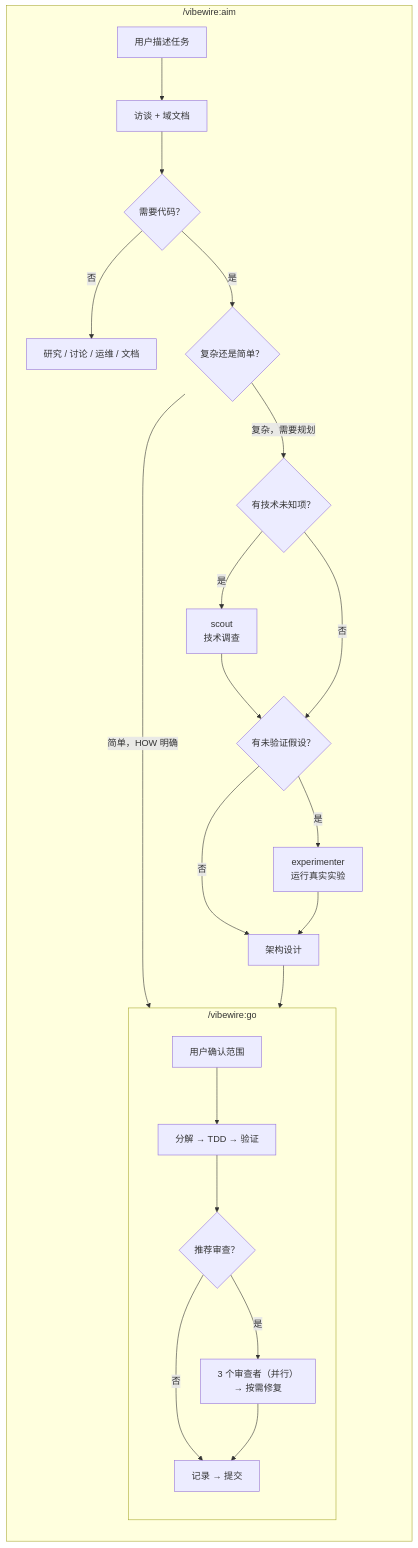
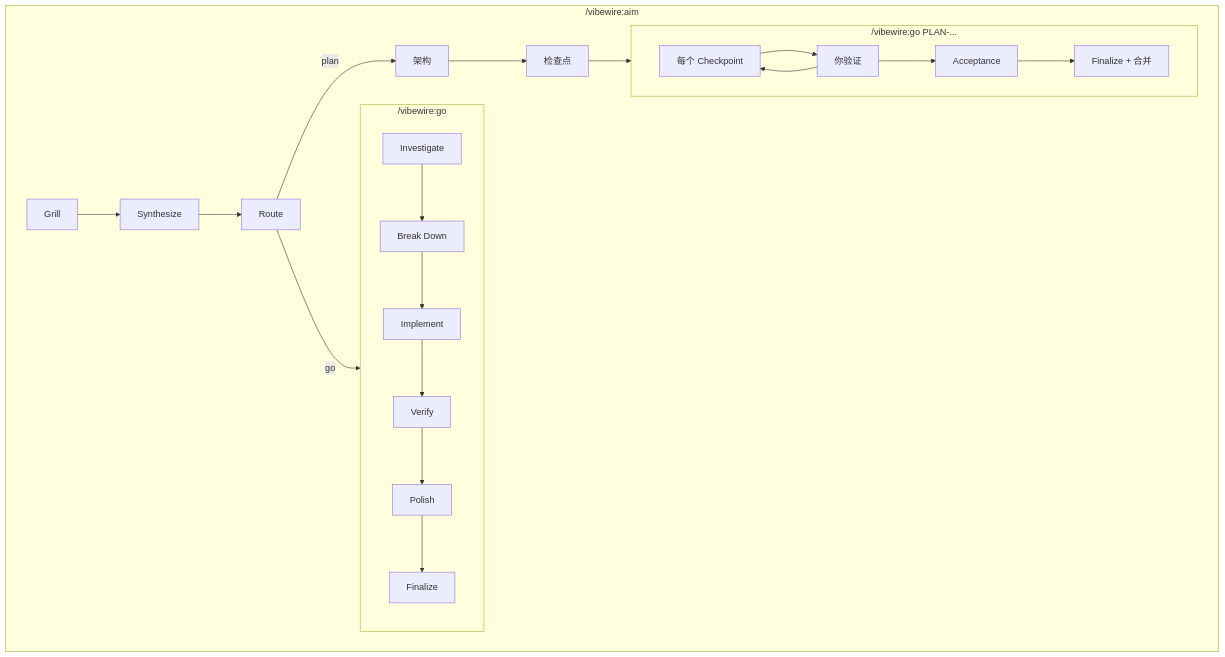
One commit to owniai/vibewire changed the diagram in README.zh-CN.md. Above: the diagram before and after it, drawn with Mermaid. The commit also changed other lines of this file and 13 other files, not shown here.

````diff
--- a/README.zh-CN.md
+++ b/README.zh-CN.md
@@ -145,33 +148,26 @@
 ```mermaid
 flowchart TD
     subgraph aim["/vibewire:aim"]
-        direction TB
-        A0[用户描述任务] --> A1[访谈 + 域文档]
-        A1 --> A2{需要代码？}
-        A2 -- 否 --> A3["研究 / 讨论 / 运维 / 文档"]
-        A2 -- 是 --> A4{复杂还是简单？}
-        A4 -- 复杂，需要规划 --> A5{有技术未知项？}
-        A4 -- 简单，HOW 明确 --> goflow
-
-        A5 -- 是 --> A6["scout
-        技术调查"]
-        A6 --> A7{有未验证假设？}
-        A5 -- 否 --> A7
-        A7 -- 是 --> A8["experimenter
-        运行真实实验"]
-        A7 -- 否 --> A9[架构设计]
-        A8 --> A9
+        A1[Grill] --> A2[Synthesize]
+        A2 --> A3[Route]
+        A3 -->|go| goAdhoc
+        A3 -->|plan| P1[架构]
+        P1 --> P2[检查点]
+        P2 --> goPlan
     end
 
-    A9 --> goflow
+    subgraph goAdhoc["/vibewire:go"]
+        G1[Investigate] --> G2[Break Down]
+        G2 --> G3[Implement]
+        G3 --> G4[Verify]
+        G4 --> G5[Polish]
+        G5 --> G6[Finalize]
+    end
 
-    subgraph goflow["/vibewire:go"]
-        direction TB
-        S0[用户确认范围] --> S1["分解 → TDD → 验证"]
-        S1 --> S2{推荐审查？}
-        S2 -- 是 --> S3["3 个审查者（并行）
-        → 按需修复"]
-        S2 -- 否 --> S4[记录 → 提交]
-        S3 --> S4
+    subgraph goPlan["/vibewire:go PLAN-..."]
+        C1[每个 Checkpoint] --> C2[你验证]
+        C2 --> C1
+        C2 --> C3[Acceptance]
+        C3 --> C4[Finalize + 合并]
     end
 ```
````
